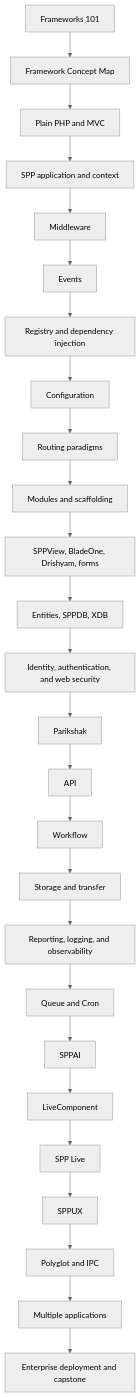
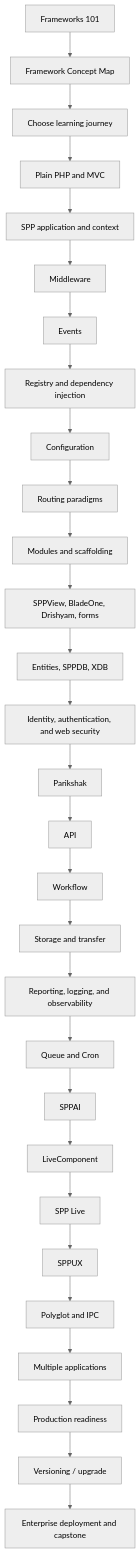
One commit to shuklasp/spp changed the diagram in documentation/handbook/README.md. Above: the diagram before and after it, drawn with Mermaid (neutral theme). The commit also changed other lines of this file, not shown here.

Commit message:
Update handbook master learning architecture

````diff
--- a/documentation/handbook/README.md
+++ b/documentation/handbook/README.md
@@ -139,28 +147,31 @@
 ```mermaid
 flowchart TD
     A[Frameworks 101] --> B[Framework Concept Map]
-    B --> C[Plain PHP and MVC]
-    C --> D[SPP application and context]
-    D --> E[Middleware]
-    E --> F[Events]
-    F --> G[Registry and dependency injection]
-    G --> H[Configuration]
-    H --> I[Routing paradigms]
-    I --> J[Modules and scaffolding]
-    J --> K[SPPView, BladeOne, Drishyam, forms]
-    K --> L[Entities, SPPDB, XDB]
-    L --> M[Identity, authentication, and web security]
-    M --> N[Parikshak]
-    N --> O[API]
-    O --> P[Workflow]
-    P --> Q[Storage and transfer]
-    Q --> R[Reporting, logging, and observability]
-    R --> S[Queue and Cron]
-    S --> T[SPPAI]
-    T --> U[LiveComponent]
-    U --> V[SPP Live]
-    V --> W[SPPUX]
-    W --> X[Polyglot and IPC]
-    X --> Y[Multiple applications]
-    Y --> Z[Enterprise deployment and capstone]
+    B --> C[Choose learning journey]
+    C --> D[Plain PHP and MVC]
+    D --> E[SPP application and context]
+    E --> F[Middleware]
+    F --> G[Events]
+    G --> H[Registry and dependency injection]
+    H --> I[Configuration]
+    I --> J[Routing paradigms]
+    J --> K[Modules and scaffolding]
+    K --> L[SPPView, BladeOne, Drishyam, forms]
+    L --> M[Entities, SPPDB, XDB]
+    M --> N[Identity, authentication, and web security]
+    N --> O[Parikshak]
+    O --> P[API]
+    P --> Q[Workflow]
+    Q --> R[Storage and transfer]
+    R --> S[Reporting, logging, and observability]
+    S --> T[Queue and Cron]
+    T --> U[SPPAI]
+    U --> V[LiveComponent]
+    V --> W[SPP Live]
+    W --> X[SPPUX]
+    X --> Y[Polyglot and IPC]
+    Y --> Z[Multiple applications]
+    Z --> AA[Production readiness]
+    AA --> AB[Versioning / upgrade]
+    AB --> AC[Enterprise deployment and capstone]
 ```
````
